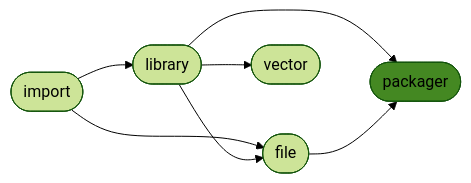
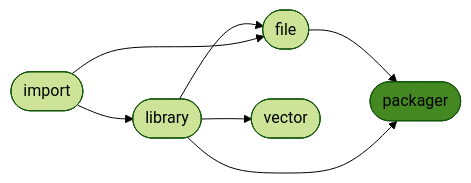
Before and after one commit to ManderaGeneral/generalpackager: the diagram in README.md, drawn with Mermaid (forest theme). The commit also changed other lines of this file, not shown here.

````diff
--- a/README.md
+++ b/README.md
@@ -24,15 +24,15 @@
 ```mermaid
 flowchart LR
-0([import]) --> 2([file])
+2([file]) --> 4([packager])
+1([library]) --> 2([file])
+0([import]) --> 1([library])
 1([library]) --> 3([vector])
 1([library]) --> 4([packager])
-0([import]) --> 1([library])
-1([library]) --> 2([file])
-2([file]) --> 4([packager])
+0([import]) --> 2([file])
 click 0 "https://github.com/ManderaGeneral/generalimport"
 click 1 "https://github.com/ManderaGeneral/generallibrary"
 click 2 "https://github.com/ManderaGeneral/generalfile"
 click 3 "https://github.com/ManderaGeneral/generalvector"
 click 4 "https://github.com/ManderaGeneral/generalpackager"
 style 4 fill:#482
 ```
````
